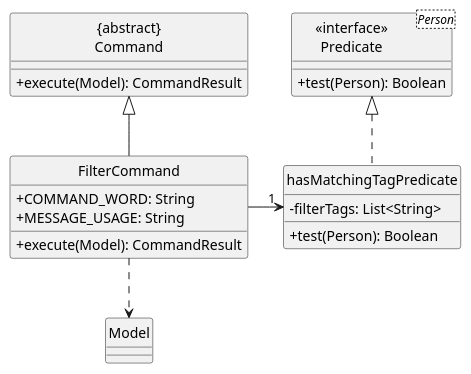
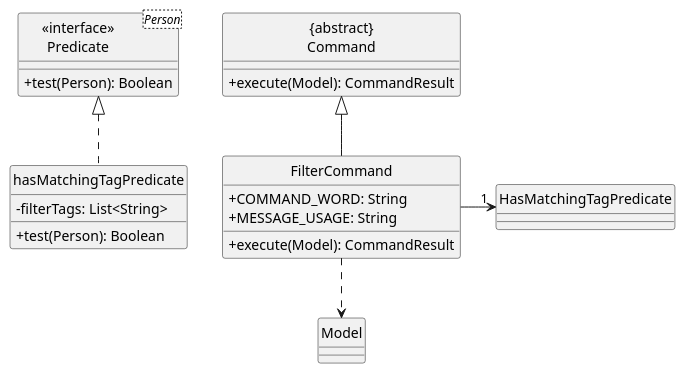
The diagram in diagrams/FilterCommandClass.puml (AY2324S2-CS2103T-W09-3/tp), drawn with PlantUML before and after one commit. The commit also changed 29 other files, not shown here.

```diff
--- a/diagrams/FilterCommandClass.puml
+++ b/diagrams/FilterCommandClass.puml
@@ -1,27 +1,27 @@
 @startuml
 hide circle
 skinparam classAttributeIconSize 0
 
 Class "{abstract}\nCommand" as Command {
   +execute(Model): CommandResult
 }
 Class FilterCommand {
   +COMMAND_WORD: String
   +MESSAGE_USAGE: String
   +execute(Model): CommandResult
 }
 Class hasMatchingTagPredicate {
   -filterTags: List<String>
   +test(Person): Boolean
 }
 Class "<<interface>>\nPredicate<Person>" as Predicate {
   +test(Person): Boolean
 }
 Class Model
 
 FilterCommand -up-|> Command
-FilterCommand -> "1" hasMatchingTagPredicate
+FilterCommand -> "1" HasMatchingTagPredicate
 FilterCommand .down.> Model
 hasMatchingTagPredicate .up.|> Predicate
 
 @enduml
```
